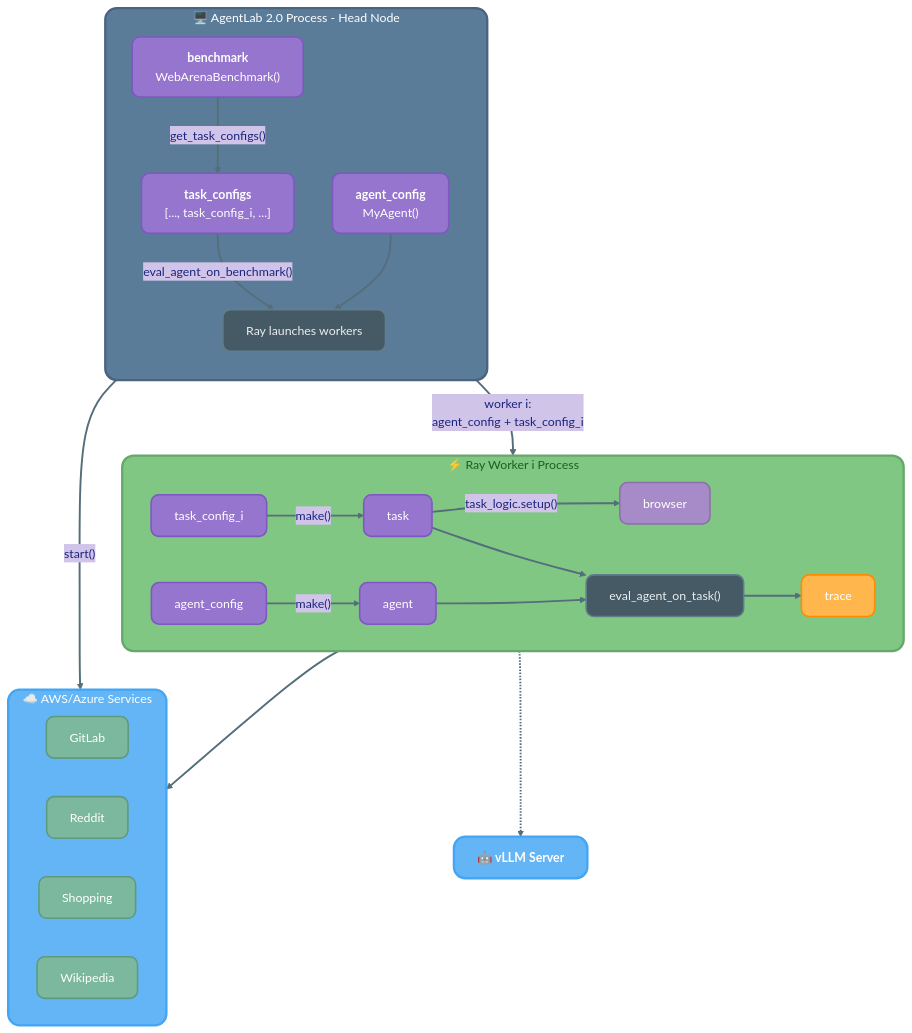
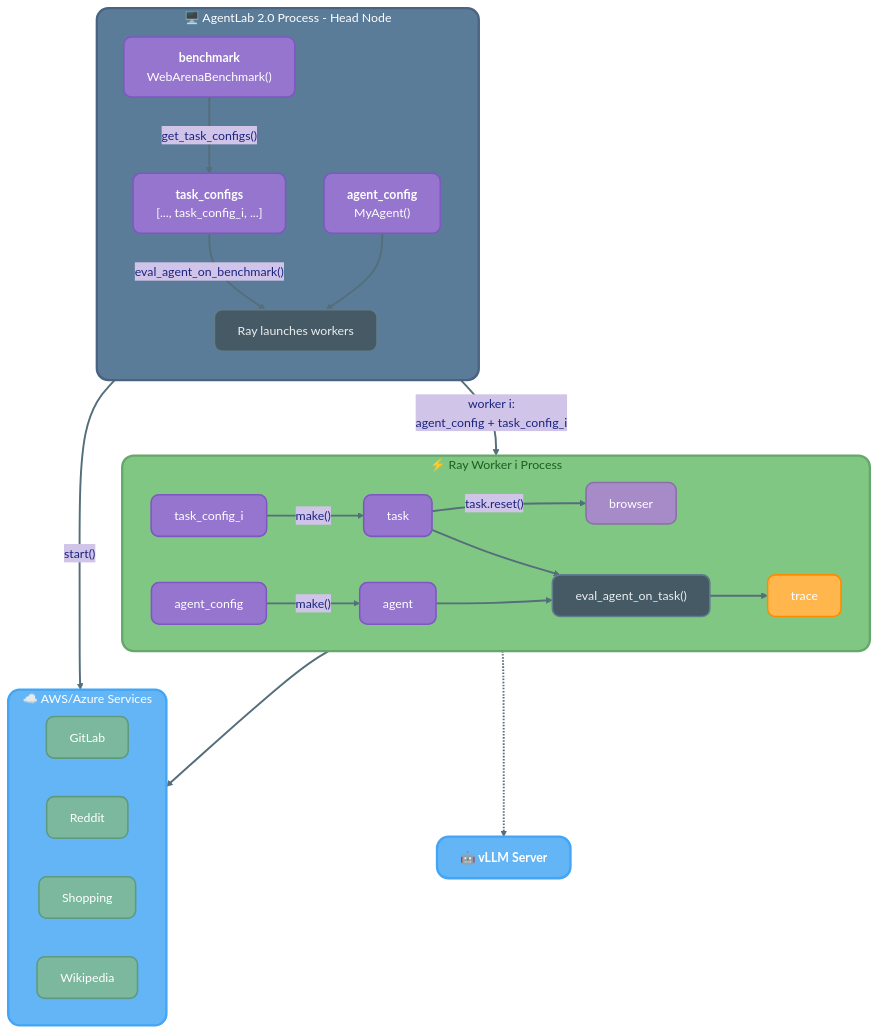
Before and after one commit to The-AI-Alliance/cube-standard: the second of 2 diagrams in design/user_experience.md, drawn with Mermaid. The commit also changed other lines of this file and 1 other file, not shown here.

Commit message:
upd docs

````diff
--- a/design/user_experience.md
+++ b/design/user_experience.md
@@ -97,72 +97,72 @@
 ```mermaid
 %%{init: {'theme':'base', 'themeVariables': { 'edgeLabelBackground':'#D1C4E9', 'clusterBkg': '#FAFAFA', 'clusterBorder': '#E0E0E0', 'tertiaryColor':'#D1C4E9', 'primaryTextColor':'#1A237E', 'lineColor':'#546E7A'}}}%%
 graph TB
     subgraph AL2Process["🖥️ AgentLab 2.0 Process - Head Node"]
         direction TB
         AgentCfg["<b>agent_config</b><br/>MyAgent()"]
         Benchmark["<b>benchmark</b><br/>WebArenaBenchmark()"]
         TaskConfigs["<b>task_configs</b><br/>[..., task_config_i, ...]"]
 
         Benchmark -->|"get_task_configs()"| TaskConfigs
         TaskConfigs -->|"eval_agent_on_benchmark()"| RayLaunch
         AgentCfg --> RayLaunch
         RayLaunch["Ray launches workers"]
     end
 
     RayLaunch ==>|"worker i:<br/>agent_config + task_config_i"| WorkerI
 
     subgraph WorkerI["⚡ Ray Worker i Process"]
         direction LR
         TConfI["task_config_i"]
         AConfI["agent_config"]
         TaskI["task"]
         AgentI["agent"]
         BrowserI["browser"]
         EvalI["eval_agent_on_task()"]
         TraceI["trace"]
 
         TConfI -->|"make()"| TaskI
         AConfI -->|"make()"| AgentI
-        TaskI -->|"task_logic.setup()"| BrowserI
+        TaskI -->|"task.reset()"| BrowserI
         AgentI --> EvalI
         TaskI --> EvalI
         EvalI --> TraceI
     end
 
     vLLM["<b>🤖 vLLM Server</b>"]
 
     subgraph Services["☁️ AWS/Azure Services"]
         direction LR
         GitLab["GitLab"]
         Reddit["Reddit"]
         Shopping["Shopping"]
         Wiki["Wikipedia"]
     end
 
     Benchmark ==>|"start()"| Services
 
     BrowserI --> Services
     AgentI -.-> vLLM
 
     classDef al2Style fill:#5B7C99,stroke:#4A6380,stroke-width:3px,color:#fff,rx:15,ry:15
     classDef workerStyle fill:#81C784,stroke:#66A86B,stroke-width:3px,color:#1B5E20,rx:15,ry:15
     classDef cloudStyle fill:#64B5F6,stroke:#42A5F5,stroke-width:3px,color:#fff,rx:15,ry:15
     classDef vllmStyle fill:#64B5F6,stroke:#42A5F5,stroke-width:3px,color:#fff,rx:15,ry:15
     classDef objectStyle fill:#9575CD,stroke:#7E57C2,stroke-width:2px,color:#fff,rx:10,ry:10
     classDef browserStyle fill:#A78BC9,stroke:#8B6FA8,stroke-width:2px,color:#fff,rx:10,ry:10
     classDef serviceStyle fill:#7CB89D,stroke:#5E9A7D,stroke-width:2px,color:#fff,rx:10,ry:10
     classDef actionStyle fill:#455A64,stroke:#607D8B,stroke-width:2px,color:#ECEFF1,rx:10,ry:10
     classDef traceStyle fill:#FFB74D,stroke:#FB8C00,stroke-width:2px,color:#fff,rx:10,ry:10
 
     linkStyle default stroke:#546E7A,stroke-width:2.5px
 
     class AL2Process al2Style
     class WorkerI workerStyle
     class Services cloudStyle
     class vLLM vllmStyle
     class AgentCfg,AConfI,Benchmark,TConfI,TaskConfigs,TaskI,AgentI objectStyle
     class BrowserI browserStyle
     class GitLab,Reddit,Shopping,Wiki serviceStyle
     class RayLaunch,EvalI actionStyle
     class TraceI traceStyle
 ```
````
